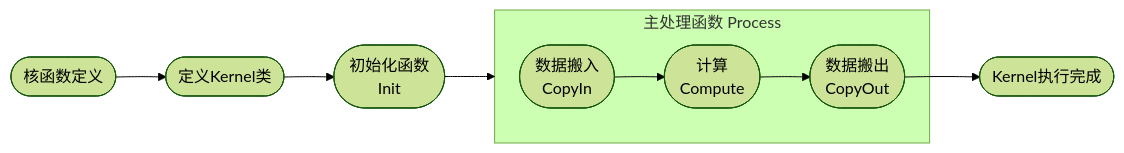
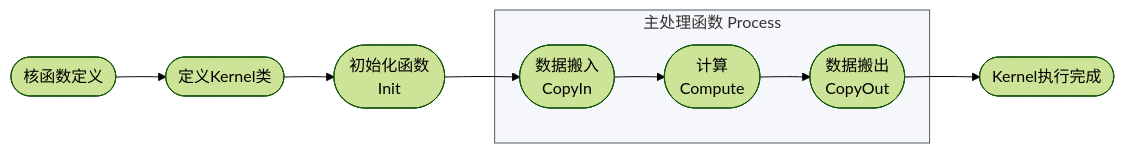
One commit to ChunnX/ops-transformer changed the diagram in docs/zh/develop/aicore_develop_guide.md. Above: the diagram before and after it, drawn with Mermaid (forest theme). The commit also changed other lines of this file and 8173 other files, not shown here.

````diff
--- a/docs/zh/develop/aicore_develop_guide.md
+++ b/docs/zh/develop/aicore_develop_guide.md
@@ -262,10 +198,13 @@
 ```mermaid
 graph LR
     H([核函数定义]) -->A([定义Kernel类])
     A -->B([初始化函数<br>Init])
-    B -->C([主处理函数<br>Process])
+    B -->D([主处理函数<br>Process])
     subgraph C [主处理函数 Process]
         D([数据搬入<br>CopyIn]) -->E([计算<br>Compute]) -->F([数据搬出<br>CopyOut])
     end
     F -->G([Kernel执行完成])
+
+    %% 使用style语句为子图C定义样式
+    style C fill:#f5f7fa,stroke:#4E5969,stroke-width:1px
 ```
````
